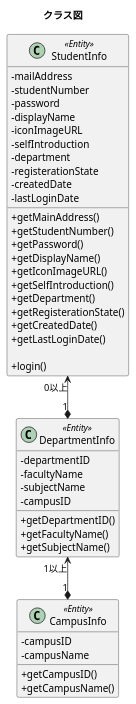
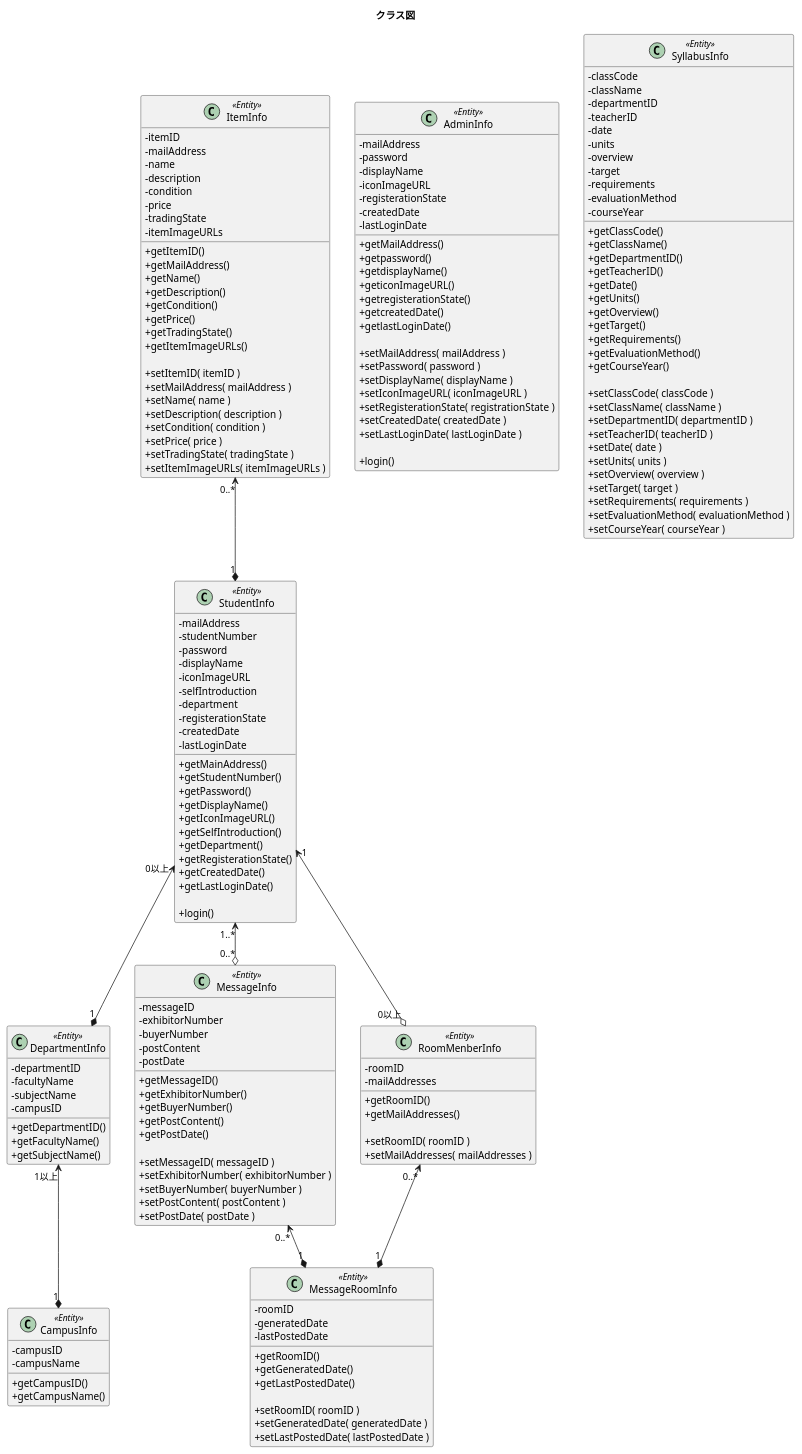
The diagram in ClassGraph.pu (Gamu2059/ServerPrograming), drawn with PlantUML before and after one commit.

Commit message:
add: クラスの追加（AdminInfo, ItemInfo, SyllabusInfo, MessageInfo, MessageRoomInfo, RoomMenberInfo）

```diff
--- a/ClassGraph.pu
+++ b/ClassGraph.pu
@@ -8,53 +8,194 @@
 @startuml
 title クラス図
 
 skinparam ClassAttributeIconSize 0
 class StudentInfo <<Entity>> {
     -mailAddress
     -studentNumber
     -password
     -displayName
     -iconImageURL
     -selfIntroduction
     -department
     -registerationState
     -createdDate
     -lastLoginDate
 
     +getMainAddress()
     +getStudentNumber()
     +getPassword()
     +getDisplayName()
     +getIconImageURL()
     +getSelfIntroduction()
     +getDepartment()
     +getRegisterationState()
     +getCreatedDate()
     +getLastLoginDate()
 
     +login()
 }
 
 class DepartmentInfo <<Entity>> {
     -departmentID
     -facultyName
     -subjectName
     -campusID
 
     +getDepartmentID()
     +getFacultyName()
     +getSubjectName()
 }
 
 class CampusInfo <<Entity>> {
     -campusID
     -campusName
 
     +getCampusID()
     +getCampusName()
 }
+class AdminInfo <<Entity>>{
+    -mailAddress
+    -password
+    -displayName
+    -iconImageURL
+    -registerationState
+    -createdDate
+    -lastLoginDate
+
+    +getMailAddress()
+    +getpassword()
+    +getdisplayName()
+    +geticonImageURL()
+    +getregisterationState()
+    +getcreatedDate()
+    +getlastLoginDate()
+
+    +setMailAddress( mailAddress )
+    +setPassword( password )
+    +setDisplayName( displayName )
+    +setIconImageURL( iconImageURL )
+    +setRegisterationState( registrationState )
+    +setCreatedDate( createdDate )
+    +setLastLoginDate( lastLoginDate )
+
+    +login()
+}
+
+class ItemInfo <<Entity>>{
+    -itemID
+    -mailAddress
+    -name
+    -description
+    -condition
+    -price
+    -tradingState
+    -itemImageURLs
+
+    +getItemID()
+    +getMailAddress()
+    +getName()
+    +getDescription()
+    +getCondition()
+    +getPrice()
+    +getTradingState()
+    +getItemImageURLs()
+
+    +setItemID( itemID )
+    +setMailAddress( mailAddress )
+    +setName( name )
+    +setDescription( description )
+    +setCondition( condition )
+    +setPrice( price )
+    +setTradingState( tradingState )
+    +setItemImageURLs( itemImageURLs )
+}
+class SyllabusInfo <<Entity>>{
+    -classCode
+    -className
+    -departmentID
+    -teacherID
+    -date
+    -units
+    -overview
+    -target
+    -requirements
+    -evaluationMethod
+    -courseYear
+
+    +getClassCode()
+    +getClassName()
+    +getDepartmentID()
+    +getTeacherID()
+    +getDate()
+    +getUnits()
+    +getOverview()
+    +getTarget()
+    +getRequirements()
+    +getEvaluationMethod()
+    +getCourseYear()
+    
+    +setClassCode( classCode )
+    +setClassName( className )
+    +setDepartmentID( departmentID )
+    +setTeacherID( teacherID )
+    +setDate( date )
+    +setUnits( units )
+    +setOverview( overview )
+    +setTarget( target )
+    +setRequirements( requirements )
+    +setEvaluationMethod( evaluationMethod )
+    +setCourseYear( courseYear )
+}
+class MessageInfo <<Entity>>{
+    -messageID
+    -exhibitorNumber
+    -buyerNumber
+    -postContent
+    -postDate
+
+    +getMessageID()
+    +getExhibitorNumber()
+    +getBuyerNumber()
+    +getPostContent()
+    +getPostDate()
+
+    +setMessageID( messageID )
+    +setExhibitorNumber( exhibitorNumber )
+    +setBuyerNumber( buyerNumber )
+    +setPostContent( postContent )
+    +setPostDate( postDate )
+}
+class MessageRoomInfo<<Entity>>{
+    -roomID
+    -generatedDate
+    -lastPostedDate
+
+    +getRoomID()
+    +getGeneratedDate()
+    +getLastPostedDate()
+
+    +setRoomID( roomID )
+    +setGeneratedDate( generatedDate )
+    +setLastPostedDate( lastPostedDate )
+}
+class RoomMenberInfo <<Entity>>{
+    -roomID
+    -mailAddresses
+
+    +getRoomID()
+    +getMailAddresses()
+
+    +setRoomID( roomID )
+    +setMailAddresses( mailAddresses )
+}
 
 DepartmentInfo "1以上" <--* "1" CampusInfo
 StudentInfo "0以上" <--* "1" DepartmentInfo
 
+ItemInfo "0..*" <--* "1" StudentInfo 
+StudentInfo "1..*" <--o "0..*" MessageInfo
+StudentInfo "1" <--o "0以上" RoomMenberInfo
+MessageInfo "0..*" <--* "1" MessageRoomInfo
+RoomMenberInfo "0..*" <--* "1" MessageRoomInfo
+
 @enduml
```
